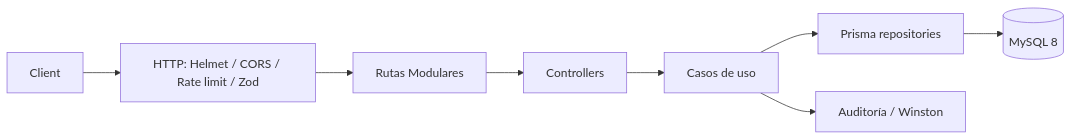
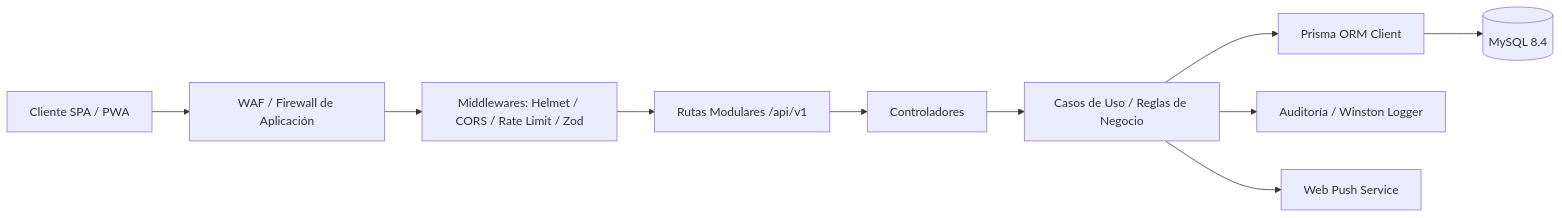
Before and after one commit to MSA-Automotriz/sistema_asistencia: the first of 2 diagrams in README.md, drawn with Mermaid. The commit also changed other lines of this file and 27 other files, not shown here.

````diff
--- a/README.md
+++ b/README.md
@@ -7,10 +9,12 @@
 ```mermaid
 flowchart LR
-  Client --> Middleware[HTTP: Helmet / CORS / Rate limit / Zod]
-  Middleware --> Routes[Rutas Modulares]
-  Routes --> Controllers
-  Controllers --> UseCases[Casos de uso]
-  UseCases --> Repositories[Prisma repositories]
-  Repositories --> MySQL[(MySQL 8)]
-  UseCases --> Audit[Auditoría / Winston]
+  Client[Cliente SPA / PWA] --> WAF[WAF / Firewall de Aplicación]
+  WAF --> Middleware[Middlewares: Helmet / CORS / Rate Limit / Zod]
+  Middleware --> Routes[Rutas Modulares /api/v1]
+  Routes --> Controllers[Controladores]
+  Controllers --> UseCases[Casos de Uso / Reglas de Negocio]
+  UseCases --> Repositories[Prisma ORM Client]
+  Repositories --> MySQL[(MySQL 8.4)]
+  UseCases --> Audit[Auditoría / Winston Logger]
+  UseCases --> Push[Web Push Service]
 ```
````
